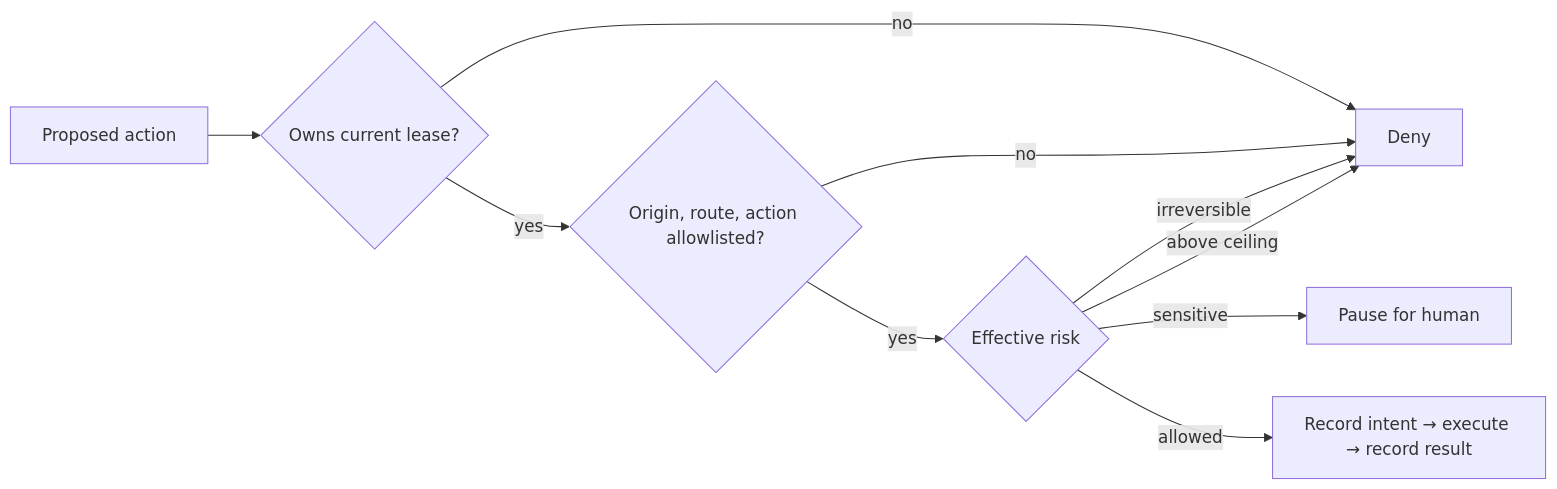
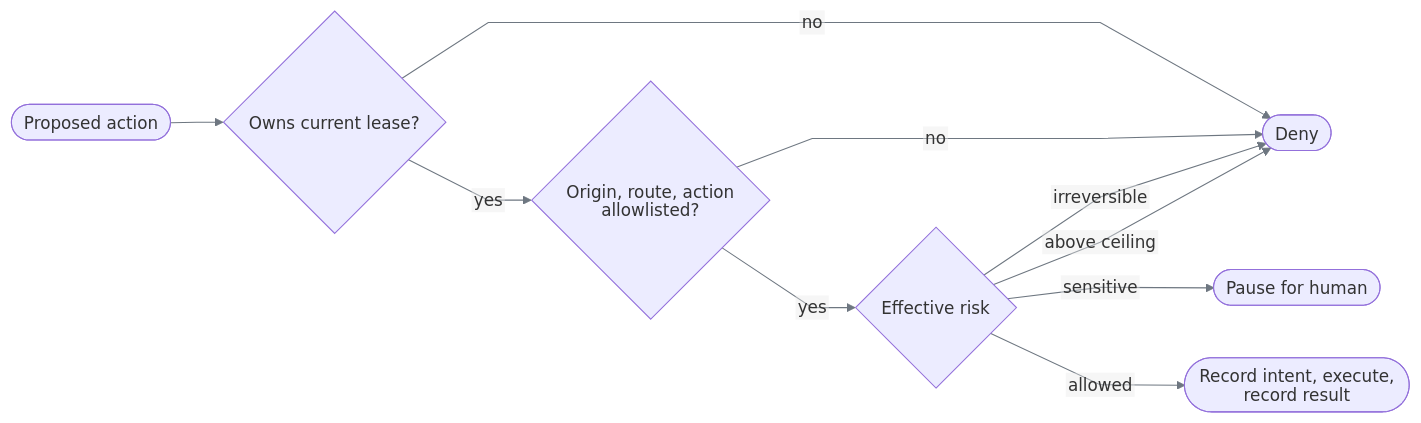
Before and after one commit to SivaTSS/replay-forge: the first of 3 diagrams in docs/safety-and-handoff.md, drawn with Mermaid. The commit also changed other lines of this file and 7 other files, not shown here.

Commit message:
docs: standardize Mermaid diagrams

````diff
--- a/docs/safety-and-handoff.md
+++ b/docs/safety-and-handoff.md
@@ -5,12 +5,13 @@
 ```mermaid
+%%{init: {"htmlLabels":false,"themeVariables":{"lineColor":"#6E7781","signalColor":"#6E7781"},"flowchart":{"curve":"linear"},"sequence":{"wrap":true}}}%%
 flowchart LR
-    A[Proposed action] --> O{Owns current lease?}
-    O -- no --> D[Deny]
+    A([Proposed action]) --> O{Owns current lease?}
+    O -- no --> D([Deny])
     O -- yes --> L{Origin, route, action allowlisted?}
     L -- no --> D
     L -- yes --> R{Effective risk}
     R -- irreversible --> D
     R -- above ceiling --> D
-    R -- sensitive --> H[Pause for human]
-    R -- allowed --> E[Record intent → execute → record result]
+    R -- sensitive --> H([Pause for human])
+    R -- allowed --> E([Record intent, execute, record result])
 ```
````
